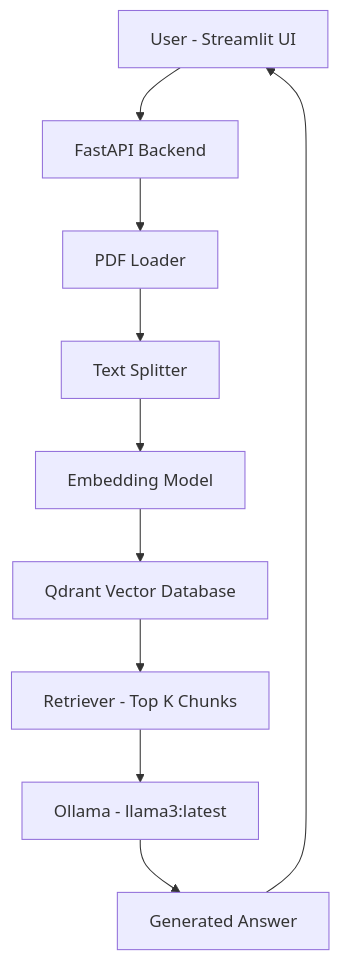
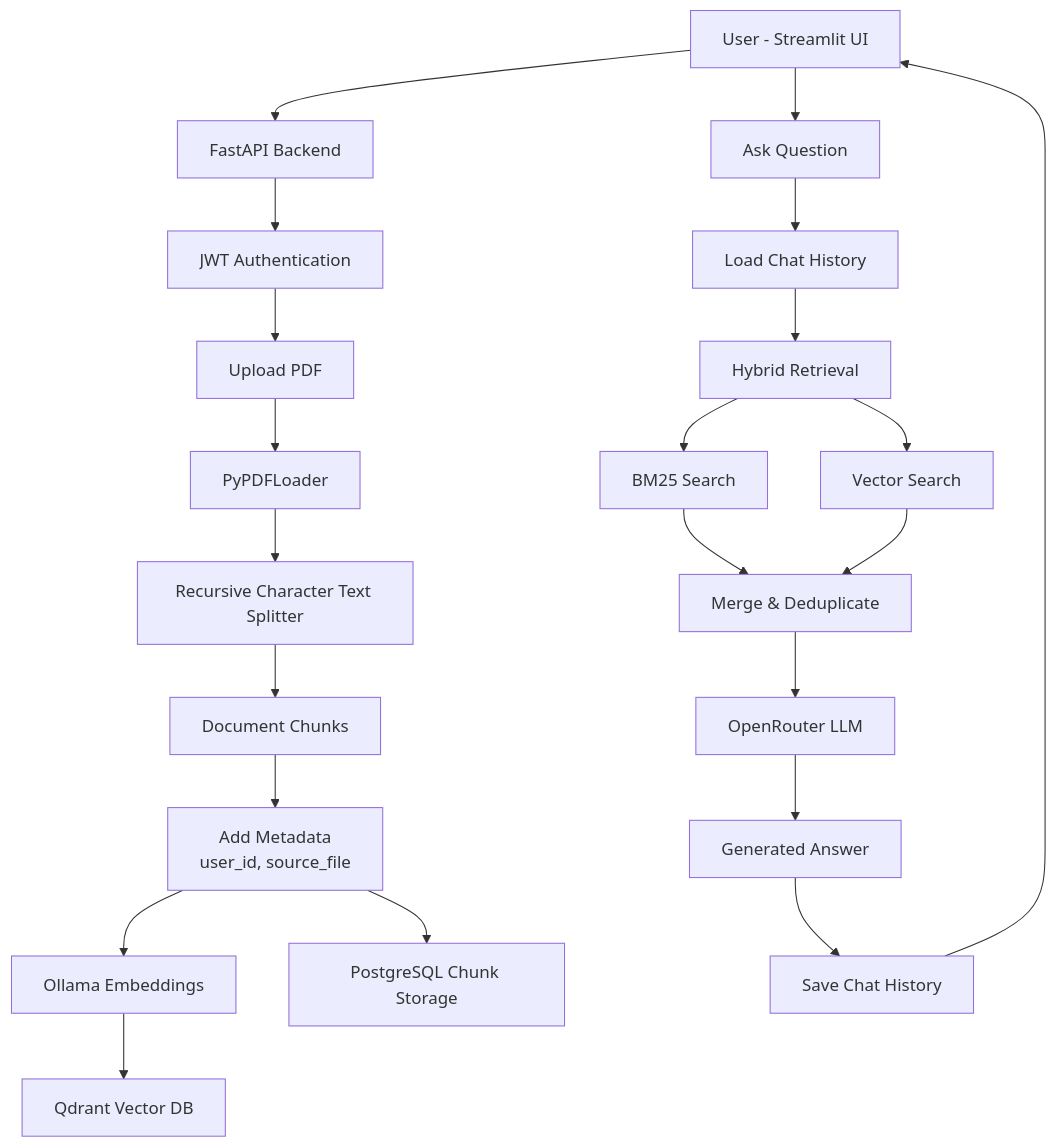
The diagram in README.md (Anuj0333/RAG-based-document-Q-A-API), drawn with Mermaid before and after one commit. The commit also changed other lines of this file and 9 other files, not shown here.

````diff
--- a/README.md
+++ b/README.md
@@ -23,12 +33,47 @@
 ```mermaid
 flowchart TD
-    A[User - Streamlit UI] --> B[FastAPI Backend]
-    B --> C[PDF Loader]
-    C --> D[Text Splitter]
-    D --> E[Embedding Model]
-    E --> F[Qdrant Vector Database]
-    F --> G[Retriever - Top K Chunks]
-    G --> H[Ollama - llama3:latest]
-    H --> I[Generated Answer]
-    I --> A
+
+A[User - Streamlit UI]
+
+A --> B[FastAPI Backend]
+
+B --> C[JWT Authentication]
+
+C --> D[Upload PDF]
+
+D --> E[PyPDFLoader]
+
+E --> F[Recursive Character Text Splitter]
+
+F --> G[Document Chunks]
+
+G --> H[Add Metadata<br/>user_id, source_file]
+
+H --> I[Ollama Embeddings]
+
+I --> J[Qdrant Vector DB]
+
+H --> K[PostgreSQL Chunk Storage]
+
+A --> L[Ask Question]
+
+L --> M[Load Chat History]
+
+M --> N[Hybrid Retrieval]
+
+N --> O[BM25 Search]
+
+N --> P[Vector Search]
+
+O --> Q[Merge & Deduplicate]
+
+P --> Q
+
+Q --> R[OpenRouter LLM]
+
+R --> S[Generated Answer]
+
+S --> T[Save Chat History]
+
+T --> A
 ```
````
